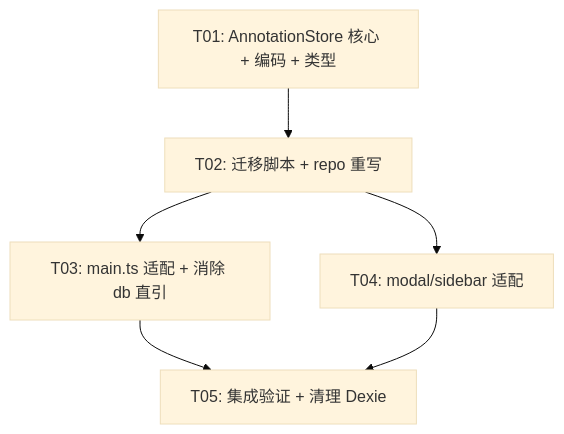
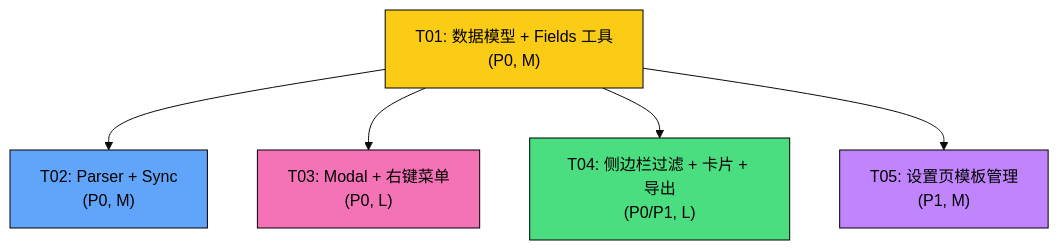
One commit to zc63463-cmyk/obsidian-markvault-js changed the fourth of 4 diagrams in docs/system_design.md. Above: the diagram before and after it, drawn with Mermaid (base theme). The commit also changed other lines of this file and 17 other files, not shown here.

````diff
--- a/docs/system_design.md
+++ b/docs/system_design.md
@@ -1174,14 +566,19 @@
 ```mermaid
 graph TD
-    T01[T01: AnnotationStore 核心 + 编码 + 类型]
-    T02[T02: 迁移脚本 + repo 重写]
-    T03[T03: main.ts 适配 + 消除 db 直引]
-    T04[T04: modal/sidebar 适配]
-    T05[T05: 集成验证 + 清理 Dexie]
-    
+    T01["T01: 数据模型 + Fields 工具<br/>(P0, M)"]
+    T02["T02: Parser + Sync<br/>(P0, M)"]
+    T03["T03: Modal + 右键菜单<br/>(P0, L)"]
+    T04["T04: 侧边栏过滤 + 卡片 + 导出<br/>(P0/P1, L)"]
+    T05["T05: 设置页模板管理<br/>(P1, M)"]
+
     T01 --> T02
-    T02 --> T03
-    T02 --> T04
-    T03 --> T05
-    T04 --> T05
+    T01 --> T03
+    T01 --> T04
+    T01 --> T05
+
+    style T01 fill:#FACC15,stroke:#000,color:#000
+    style T02 fill:#60A5FA,stroke:#000,color:#000
+    style T03 fill:#F472B6,stroke:#000,color:#000
+    style T04 fill:#4ADE80,stroke:#000,color:#000
+    style T05 fill:#C084FC,stroke:#000,color:#000
 ```
````
